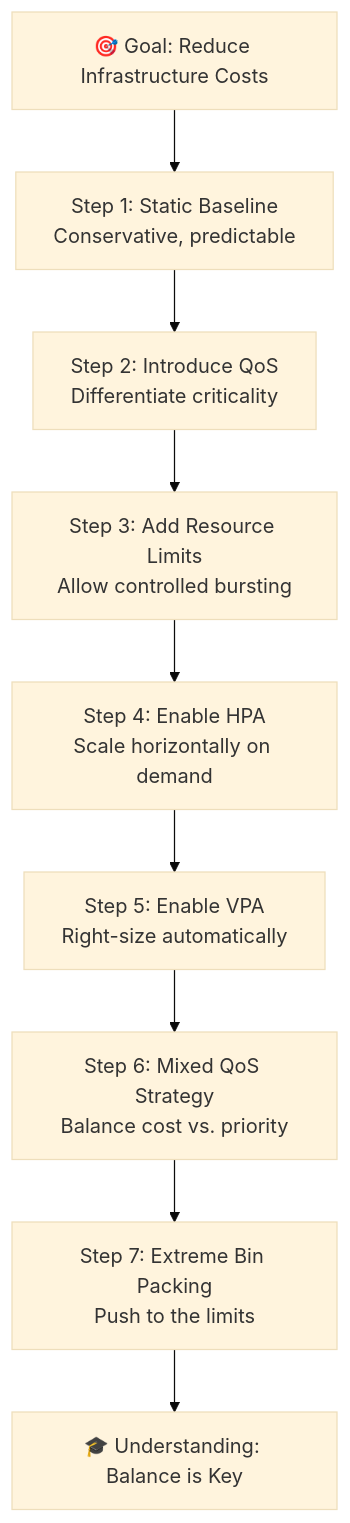
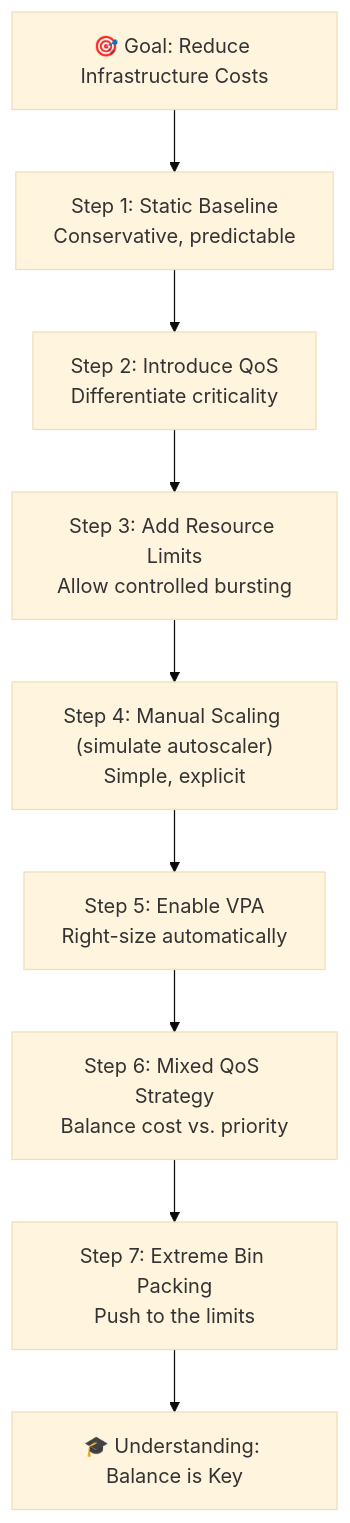
One commit to abossard/k8s-demo-time changed the second of 2 diagrams in k8s/bin-packing/README.md. Above: the diagram before and after it, drawn with Mermaid (base theme). The commit also changed other lines of this file and 16 other files, not shown here.

````diff
--- a/k8s/bin-packing/README.md
+++ b/k8s/bin-packing/README.md
@@ -66,11 +66,11 @@
 ```mermaid
 flowchart TD
     A["🎯 Goal: Reduce Infrastructure Costs"] --> B["Step 1: Static Baseline<br/>Conservative, predictable"]
     B --> C["Step 2: Introduce QoS<br/>Differentiate criticality"]
     C --> D["Step 3: Add Resource Limits<br/>Allow controlled bursting"]
-    D --> E["Step 4: Enable HPA<br/>Scale horizontally on demand"]
+    D --> E["Step 4: Manual Scaling (simulate autoscaler)\nSimple, explicit"]
     E --> F["Step 5: Enable VPA<br/>Right-size automatically"]
     F --> G["Step 6: Mixed QoS Strategy<br/>Balance cost vs. priority"]
     G --> H["Step 7: Extreme Bin Packing<br/>Push to the limits"]
     H --> I["🎓 Understanding: Balance is Key"]
 ```
````
